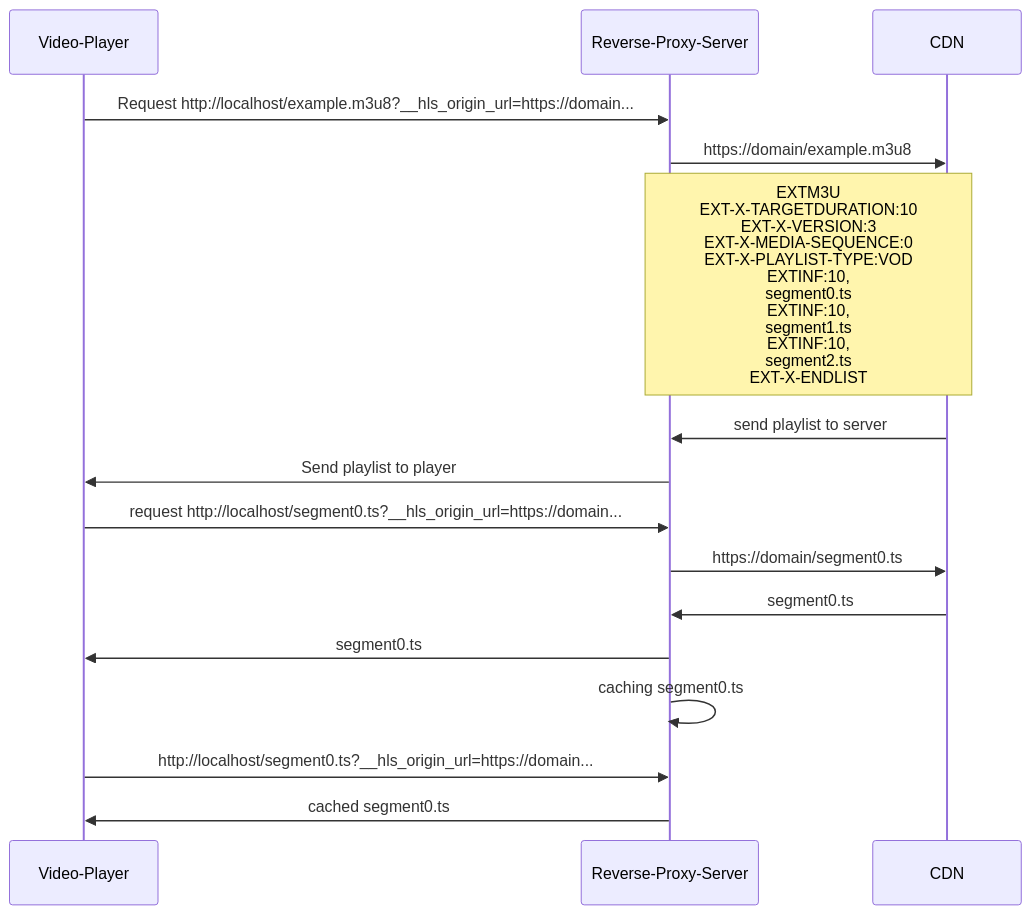
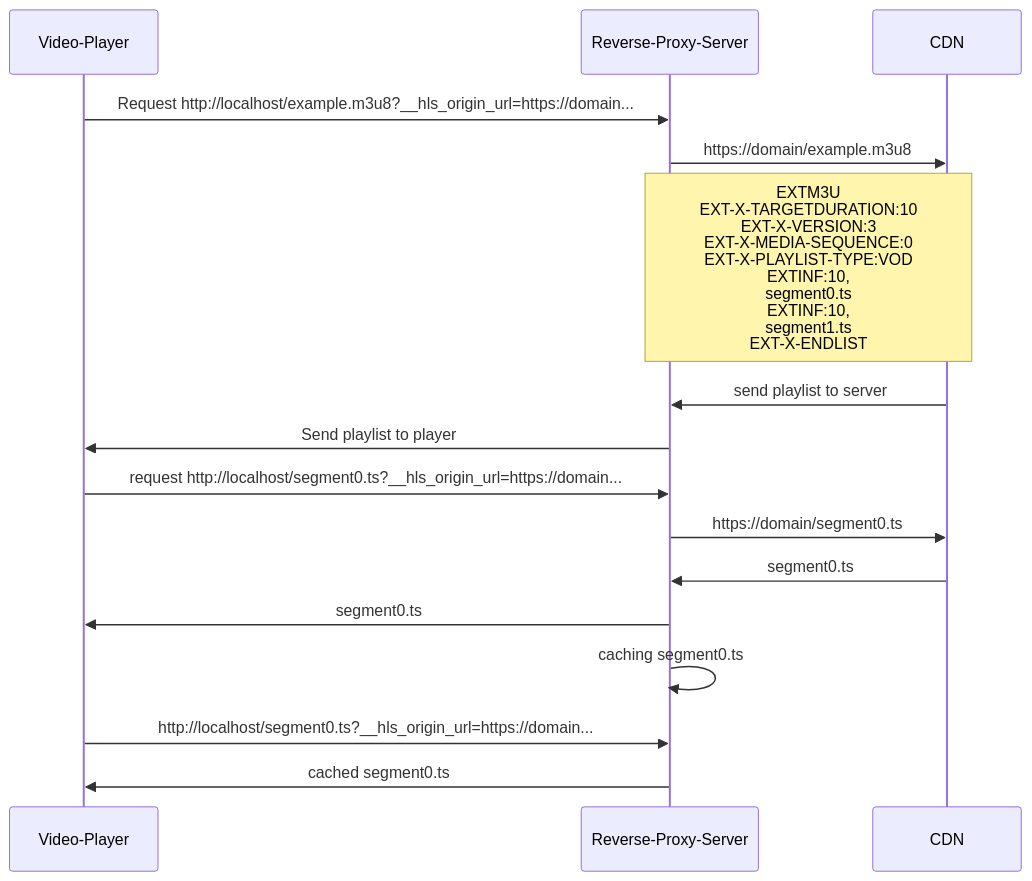
Before and after one commit to nguyenvanphituoc/react-native-cache-video: the third of 3 diagrams in README.md, drawn with Mermaid. The commit also changed other lines of this file and 2 other files, not shown here.

````diff
--- a/README.md
+++ b/README.md
@@ -197,20 +320,19 @@
 ```mermaid
 sequenceDiagram
     participant VP as Video-Player
     participant RPS as Reverse-Proxy-Server
     participant CDN
     VP->>RPS: Request http://localhost/example.m3u8?__hls_origin_url=https://domain...
     RPS->>CDN: https://domain/example.m3u8
-    Note over RPS,CDN: EXTM3U<br/>EXT-X-TARGETDURATION:10<br/>EXT-X-VERSION:3<br/>EXT-X-MEDIA-SEQUENCE:0<br/>EXT-X-PLAYLIST-TYPE:VOD<br/>EXTINF:10,<br/>segment0.ts<br/>EXTINF:10,<br/>segment1.ts<br/>EXTINF:10,<br/>segment2.ts<br/>EXT-X-ENDLIST
+    Note over RPS,CDN: EXTM3U<br/>EXT-X-TARGETDURATION:10<br/>EXT-X-VERSION:3<br/>EXT-X-MEDIA-SEQUENCE:0<br/>EXT-X-PLAYLIST-TYPE:VOD<br/>EXTINF:10,<br/>segment0.ts<br/>EXTINF:10,<br/>segment1.ts<br/>EXT-X-ENDLIST
     CDN->>RPS: send playlist to server
     RPS->>VP: Send playlist to player
     VP->>RPS: request http://localhost/segment0.ts?__hls_origin_url=https://domain...
     RPS->>CDN: https://domain/segment0.ts
     CDN->>RPS: segment0.ts
     RPS->>VP:  segment0.ts
     RPS->>RPS: caching segment0.ts
 
     VP->>RPS: http://localhost/segment0.ts?__hls_origin_url=https://domain...
     RPS->>VP: cached segment0.ts
-
 ```
````
